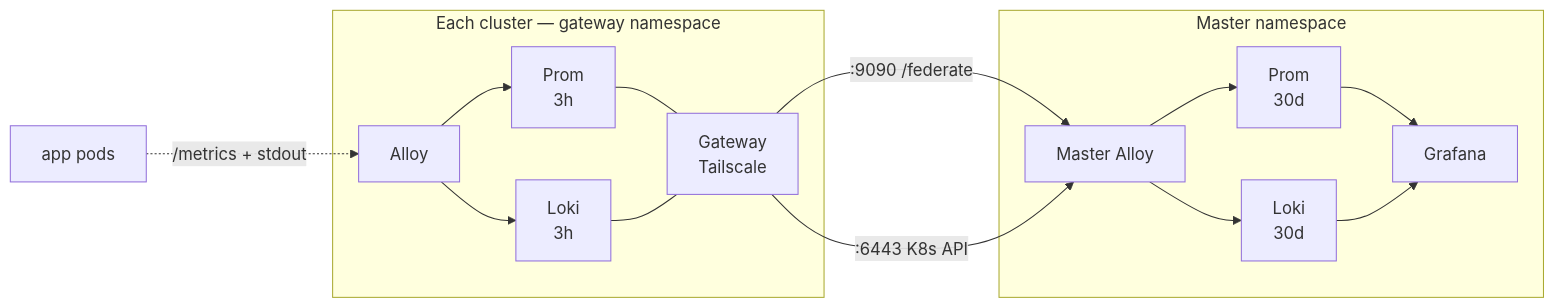
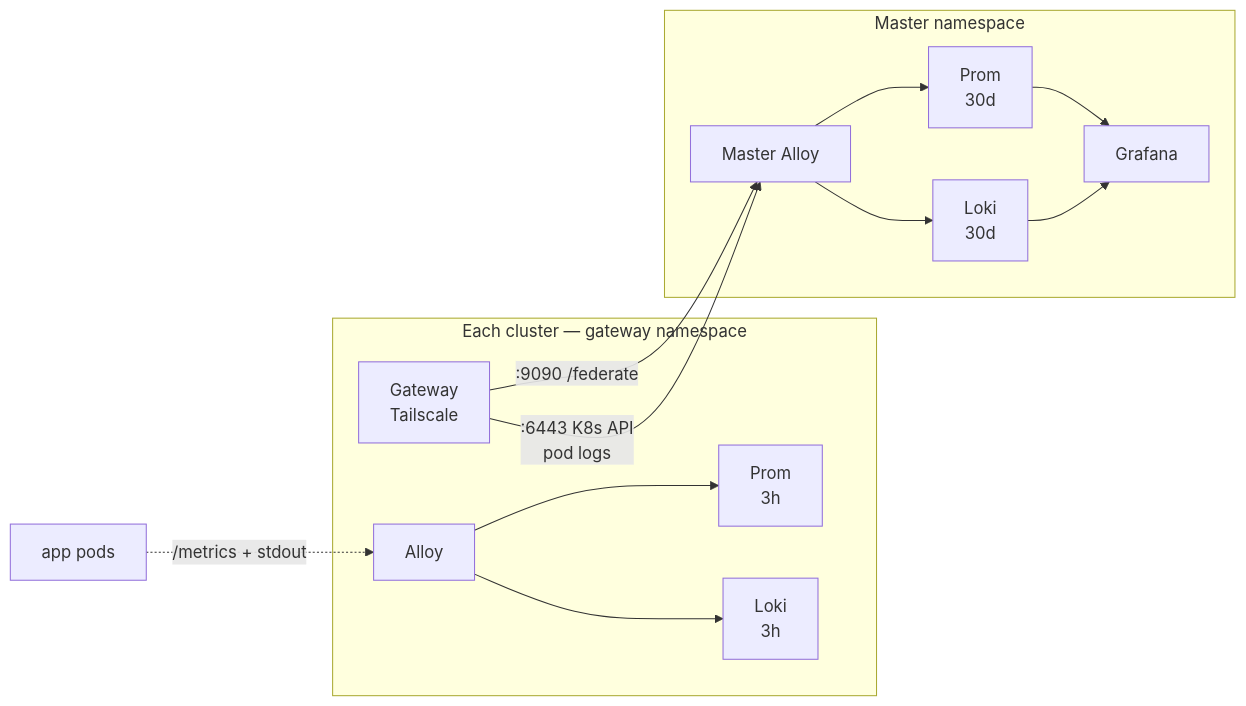
One commit to Kord96/kordinate changed the fourth of 6 diagrams in docs/infrastructure.md. Above: the diagram before and after it, drawn with Mermaid. The commit also changed other lines of this file, not shown here.

First line of the commit message:
docs: fix data flow — master tails logs via K8s API, not Loki [scribe]

````diff
--- a/docs/infrastructure.md
+++ b/docs/infrastructure.md
@@ -89,16 +89,16 @@
 ```mermaid
 flowchart LR
     subgraph cluster[Each cluster — gateway namespace]
         AL[Alloy] --> P[Prom<br/>3h] & L[Loki<br/>3h]
-        P & L --- GW[Gateway<br/>Tailscale]
+        GW[Gateway<br/>Tailscale]
     end
 
     Apps[app pods] -.->|/metrics + stdout| AL
     GW -->|:9090 /federate| MA
-    GW -->|:6443 K8s API| MA
+    GW -->|:6443 K8s API<br/>pod logs| MA
 
     subgraph master[Master namespace]
         MA[Master Alloy] --> MP[Prom<br/>30d] & ML[Loki<br/>30d]
         MP & ML --> G[Grafana]
     end
 ```
````
